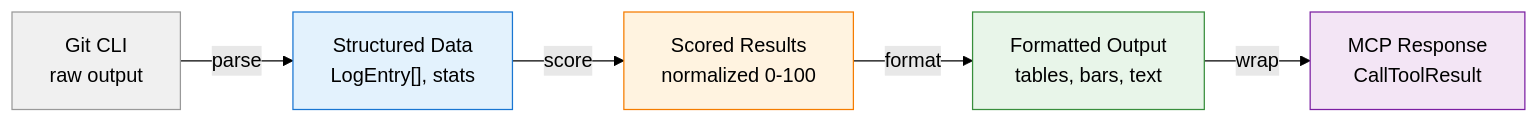
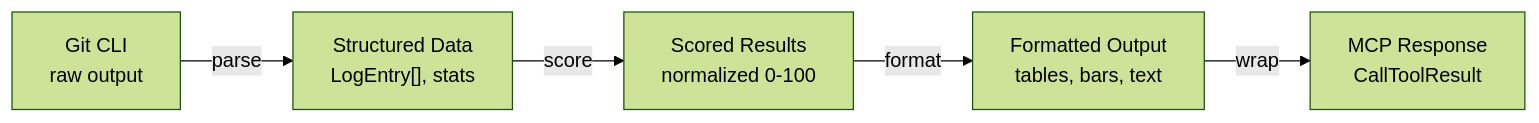
The third of 7 diagrams in README.md (hoangsonww/GitIntel-MCP-Server), drawn with Mermaid (forest theme) before and after one commit. The commit also changed 1 other file, not shown here.

Commit message:
chore: remove inline mermaid style directives from docs

````diff
--- a/README.md
+++ b/README.md
@@ -97,13 +97,7 @@
 ```mermaid
 graph LR
     A["Git CLI<br/>raw output"] -->|parse| B["Structured Data<br/>LogEntry[], stats"]
     B -->|score| C["Scored Results<br/>normalized 0-100"]
     C -->|format| D["Formatted Output<br/>tables, bars, text"]
     D -->|wrap| E["MCP Response<br/>CallToolResult"]
-
-    style A fill:#f0f0f0,stroke:#999
-    style B fill:#e3f2fd,stroke:#1976d2
-    style C fill:#fff3e0,stroke:#f57c00
-    style D fill:#e8f5e9,stroke:#388e3c
-    style E fill:#f3e5f5,stroke:#7b1fa2
 ```
````
